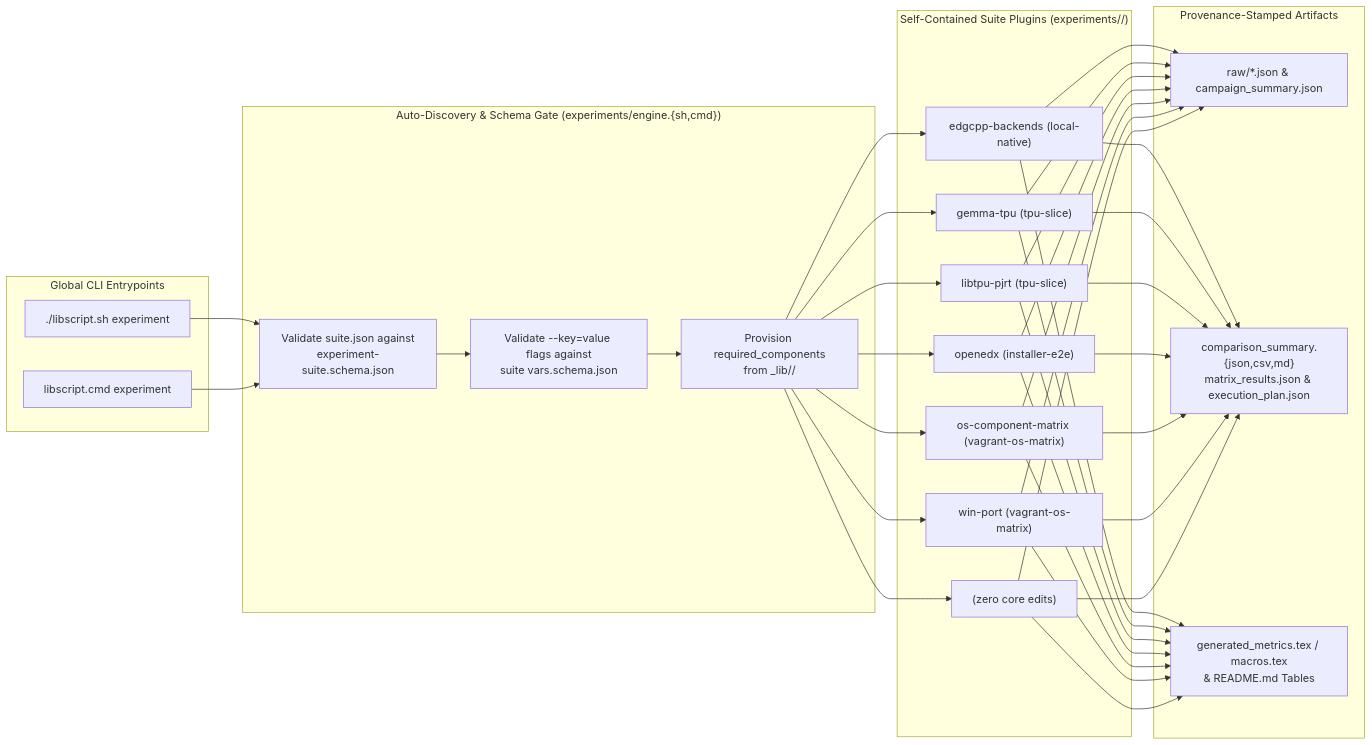
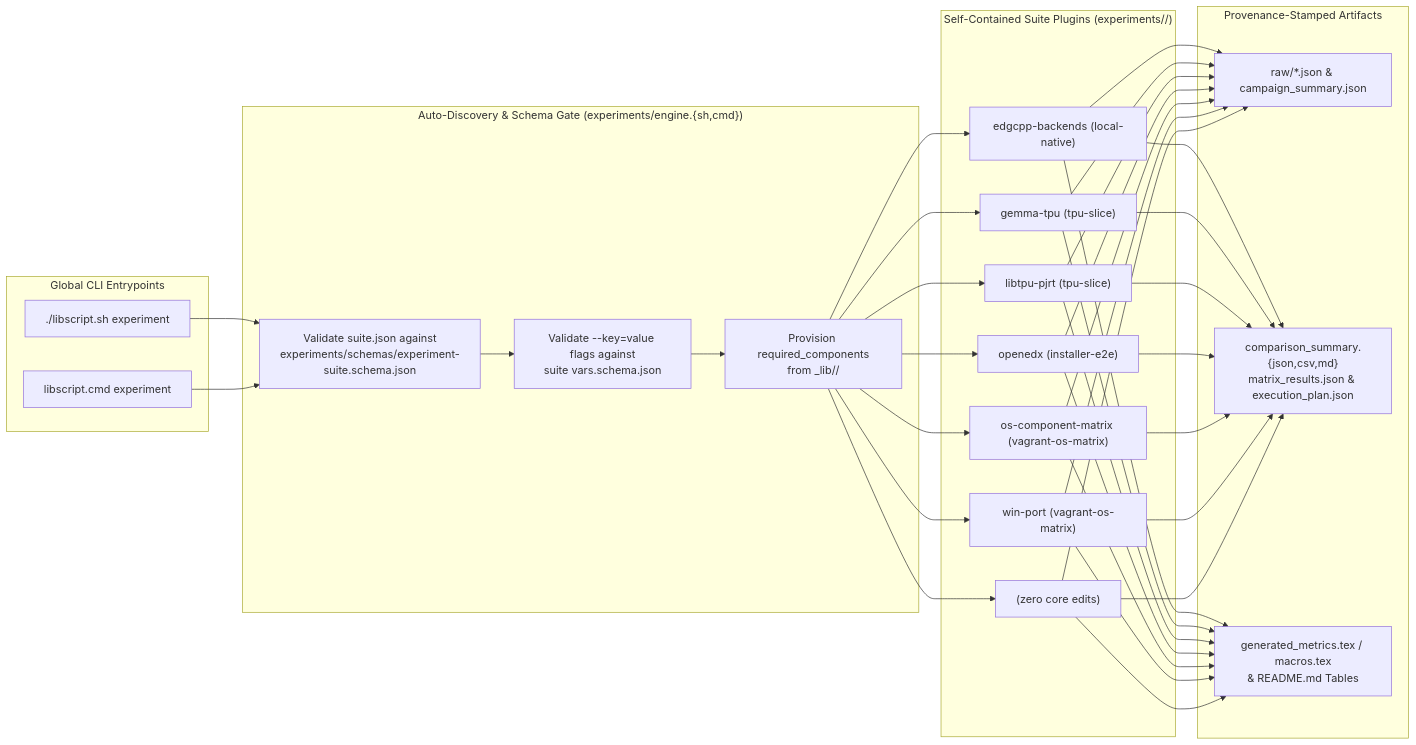
The diagram in experiments/README.md (SamuelMarks/libscript), drawn with Mermaid before and after one commit. The commit also changed other lines of this file and 15036 other files, not shown here.

````diff
--- a/experiments/README.md
+++ b/experiments/README.md
@@ -19,34 +20,34 @@
 ```mermaid
 flowchart LR
     subgraph CLI["Global CLI Entrypoints"]
         PosixCLI["./libscript.sh experiment <verb> <suite-id>"]
         WinCLI["libscript.cmd experiment <verb> <suite-id>"]
     end
 
     subgraph Engine["Auto-Discovery & Schema Gate (experiments/engine.{sh,cmd})"]
-        ManifestGate["Validate suite.json against<br/>experiment-suite.schema.json"]
+        ManifestGate["Validate suite.json against<br/>experiments/schemas/experiment-suite.schema.json"]
         VarsGate["Validate --key=value flags against<br/>suite vars.schema.json"]
         DepGate["Provision required_components<br/>from _lib/<category>/<component>"]
     end
 
     subgraph Suites["Self-Contained Suite Plugins (experiments/<suite-id>/)"]
         S1["edgcpp-backends (local-native)"]
         S2["gemma-tpu (tpu-slice)"]
         S3["libtpu-pjrt (tpu-slice)"]
         S4["openedx (installer-e2e)"]
         S5["os-component-matrix (vagrant-os-matrix)"]
         S6["win-port (vagrant-os-matrix)"]
         SN["<new-suite> (zero core edits)"]
     end
 
     subgraph Outputs["Provenance-Stamped Artifacts"]
         RawJSON["raw/*.json & campaign_summary.json"]
         Tables["comparison_summary.{json,csv,md}<br/>matrix_results.json & execution_plan.json"]
         LaTeX["generated_metrics.tex / macros.tex<br/>& README.md Tables"]
     end
 
     PosixCLI & WinCLI --> ManifestGate
     ManifestGate --> VarsGate --> DepGate
     DepGate --> S1 & S2 & S3 & S4 & S5 & S6 & SN
     S1 & S2 & S3 & S4 & S5 & S6 & SN --> RawJSON & Tables & LaTeX
 ```
````
